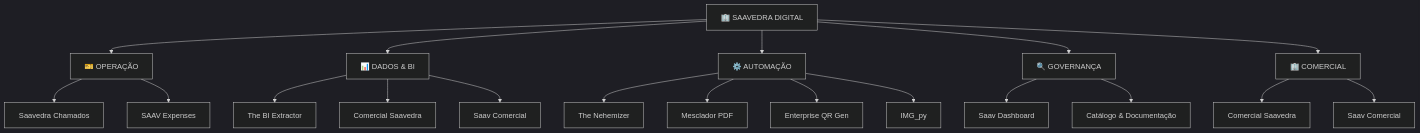
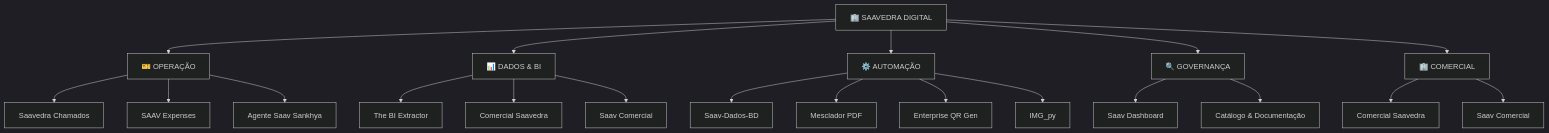
One commit to suportesaav-web/suportesaav-web changed the diagram in README.md. Above: the diagram before and after it, drawn with Mermaid (dark theme). The commit also changed other lines of this file, not shown here.

````diff
--- a/README.md
+++ b/README.md
@@ -43,29 +43,30 @@
 ```mermaid
 flowchart TB
 
     A["🏢 SAAVEDRA DIGITAL"]
 
     A --> B["🎫 OPERAÇÃO"]
     A --> C["📊 DADOS & BI"]
     A --> D["⚙️ AUTOMAÇÃO"]
     A --> E["🔍 GOVERNANÇA"]
     A --> F["🏢 COMERCIAL"]
 
     B --> B1["Saavedra Chamados"]
     B --> B2["SAAV Expenses"]
+    B --> B3["Agente Saav Sankhya"]
 
     C --> C1["The BI Extractor"]
     C --> C2["Comercial Saavedra"]
     C --> C3["Saav Comercial"]
 
-    D --> D1["The Nehemizer"]
+    D --> D1["Saav-Dados-BD"]
     D --> D2["Mesclador PDF"]
     D --> D3["Enterprise QR Gen"]
     D --> D4["IMG_py"]
 
     E --> E1["Saav Dashboard"]
     E --> E2["Catálogo & Documentação"]
 
     F --> F1["Comercial Saavedra"]
     F --> F2["Saav Comercial"]
 ```
````
